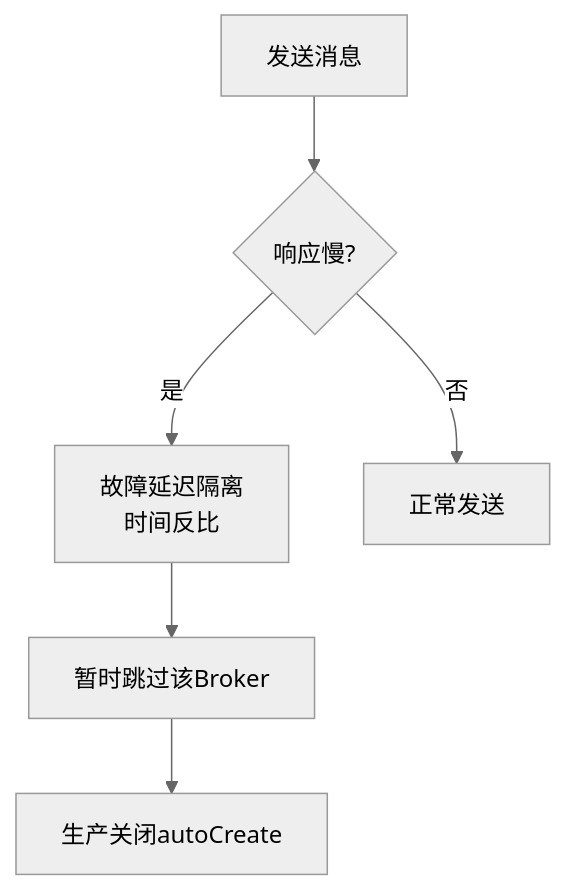
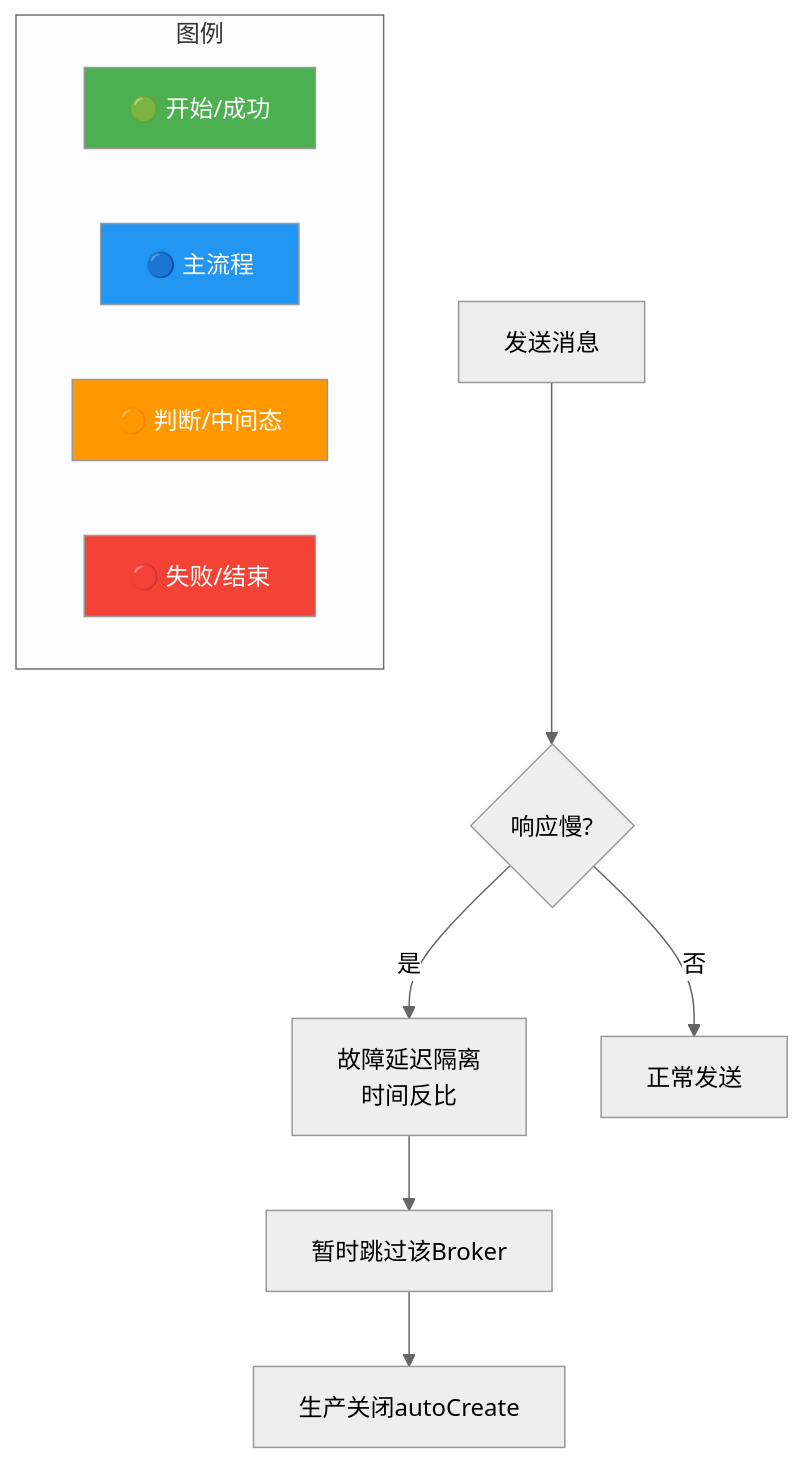
Before and after one commit to SunArthur86/interview-2026: the diagram in questions/middleware/mq-052.md, drawn with Mermaid (neutral theme). The commit also changed other lines of this file and 3180 other files, not shown here.

First line of the commit message:
Mermaid颜色增强99% + 面试频率分类(高频1571/中频1115/低频461)

````diff
--- a/questions/middleware/mq-052.md
+++ b/questions/middleware/mq-052.md
@@ -76,8 +77,27 @@
 ```mermaid
 flowchart TD
+    classDef start fill:#4CAF50,color:#fff
+    classDef process fill:#2196F3,color:#fff
+    classDef decision fill:#FF9800,color:#fff
+    classDef special fill:#9C27B0,color:#fff
+    classDef error fill:#f44336,color:#fff
+    classDef info fill:#607D8B,color:#fff
+    class Close start
+    class Isolate process
+    class Normal decision
+    class Send special
+    class Skip error
+    class Slow info
+    class br start
     Send[发送消息] --> Slow{响应慢?}
     Slow -->|是| Isolate[故障延迟隔离<br/>时间反比]
     Isolate --> Skip[暂时跳过该Broker]
     Slow -->|否| Normal[正常发送]
     Skip --> Close[生产关闭autoCreate]
+    subgraph Legend["图例"]
+        L1["🟢 开始/成功"]:::start
+        L2["🔵 主流程"]:::process
+        L3["🟠 判断/中间态"]:::decision
+        L4["🔴 失败/结束"]:::error
+    end
 ```
````
